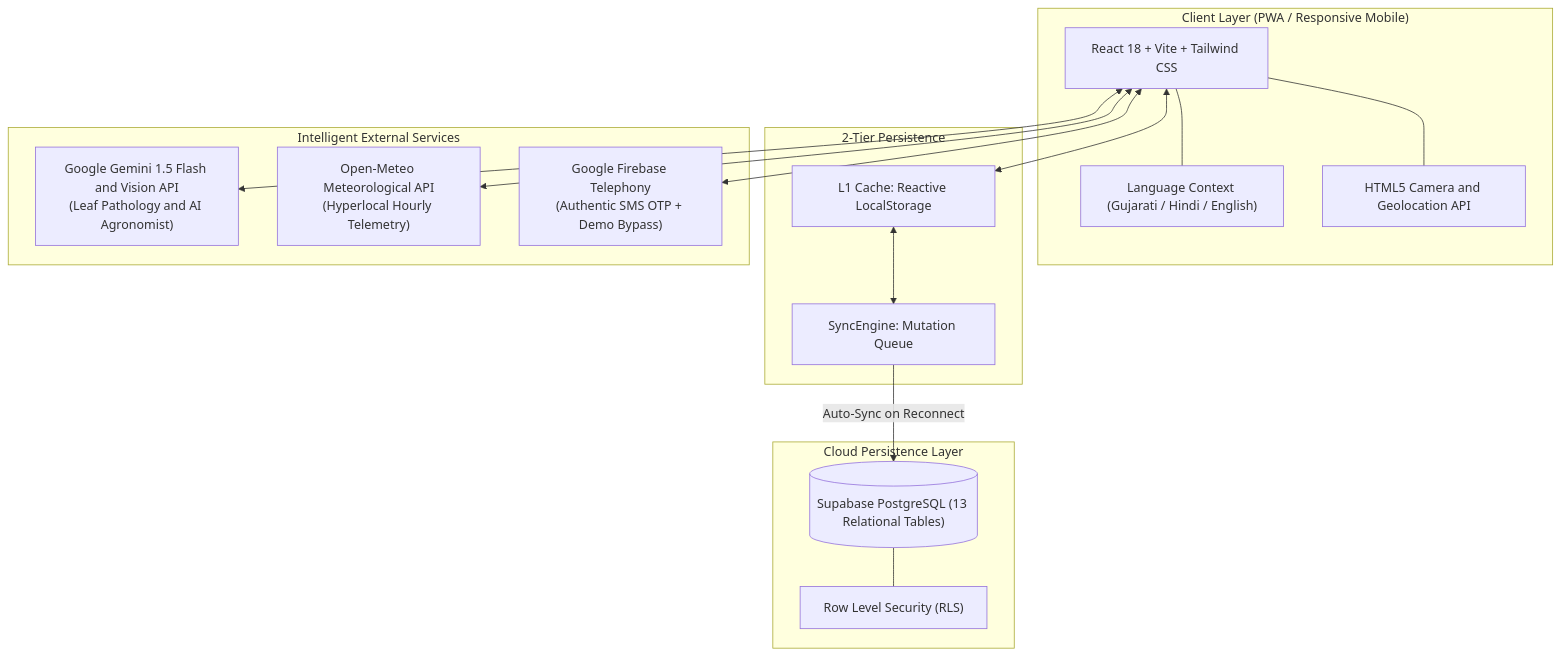
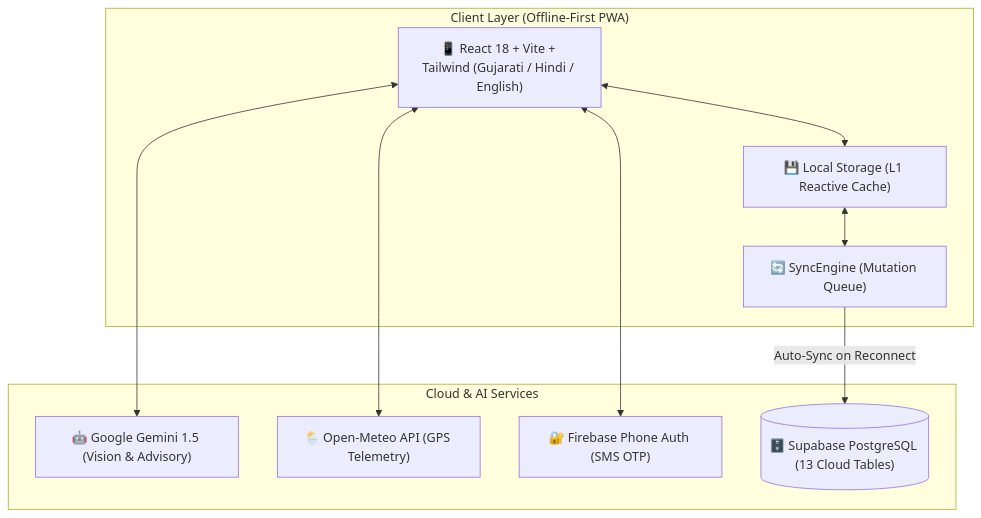
The third of 4 diagrams in README.md (Xcoder-69/HACKFORGE), drawn with Mermaid before and after one commit. The commit also changed other lines of this file, not shown here.

Commit message:
docs: simplify architecture and workflow diagrams in README

````diff
--- a/README.md
+++ b/README.md
@@ -106,34 +79,21 @@
 ```mermaid
 flowchart TD
-    subgraph Client ["Client Layer (PWA / Responsive Mobile)"]
-        UI["React 18 + Vite + Tailwind CSS"]
-        I18N["Language Context (Gujarati / Hindi / English)"]
-        CAM["HTML5 Camera and Geolocation API"]
-        UI --- I18N
-        UI --- CAM
+    subgraph Client ["Client Layer (Offline-First PWA)"]
+        UI["📱 React 18 + Vite + Tailwind (Gujarati / Hindi / English)"]
+        CACHE["💾 Local Storage (L1 Reactive Cache)"]
+        SYNC["🔄 SyncEngine (Mutation Queue)"]
+        UI <--> CACHE <--> SYNC
     end
 
-    subgraph OfflineStorage ["2-Tier Persistence"]
-        L1["L1 Cache: Reactive LocalStorage"]
-        SYNC["SyncEngine: Mutation Queue"]
-        L1 <--> SYNC
+    subgraph Cloud ["Cloud & AI Services"]
+        GEMINI["🤖 Google Gemini 1.5 (Vision & Advisory)"]
+        METEO["🌦️ Open-Meteo API (GPS Telemetry)"]
+        AUTH["🔐 Firebase Phone Auth (SMS OTP)"]
+        DB[("🗄️ Supabase PostgreSQL (13 Cloud Tables)")]
     end
 
-    subgraph ExternalAPIs ["Intelligent External Services"]
-        GEMINI["Google Gemini 1.5 Flash and Vision API\n(Leaf Pathology and AI Agronomist)"]
-        METEO["Open-Meteo Meteorological API\n(Hyperlocal Hourly Telemetry)"]
-        FIREBASE["Google Firebase Telephony\n(Authentic SMS OTP + Demo Bypass)"]
-    end
-
-    subgraph CloudDB ["Cloud Persistence Layer"]
-        SUPABASE[("Supabase PostgreSQL (13 Relational Tables)")]
-        RLS["Row Level Security (RLS)"]
-        SUPABASE --- RLS
-    end
-
-    UI <--> L1
-    SYNC -->|Auto-Sync on Reconnect| SUPABASE
     UI <--> GEMINI
     UI <--> METEO
-    UI <--> FIREBASE
+    UI <--> AUTH
+    SYNC -->|Auto-Sync on Reconnect| DB
 ```
````
